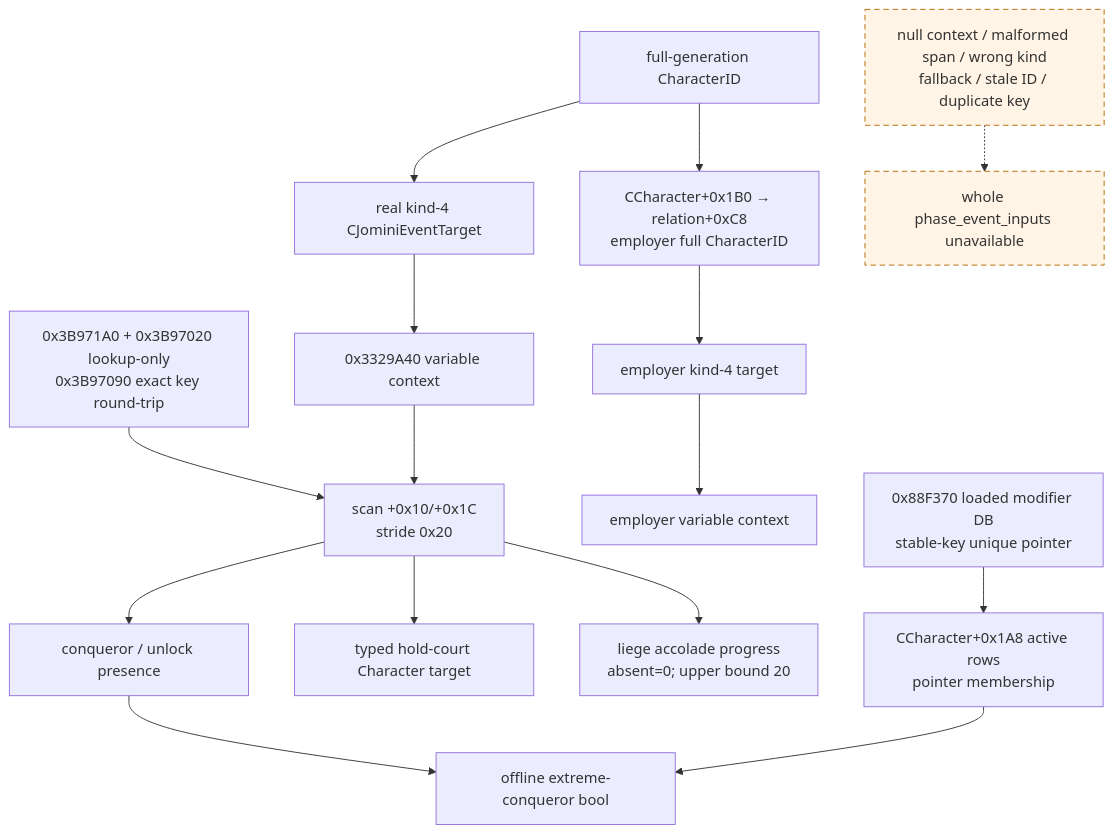
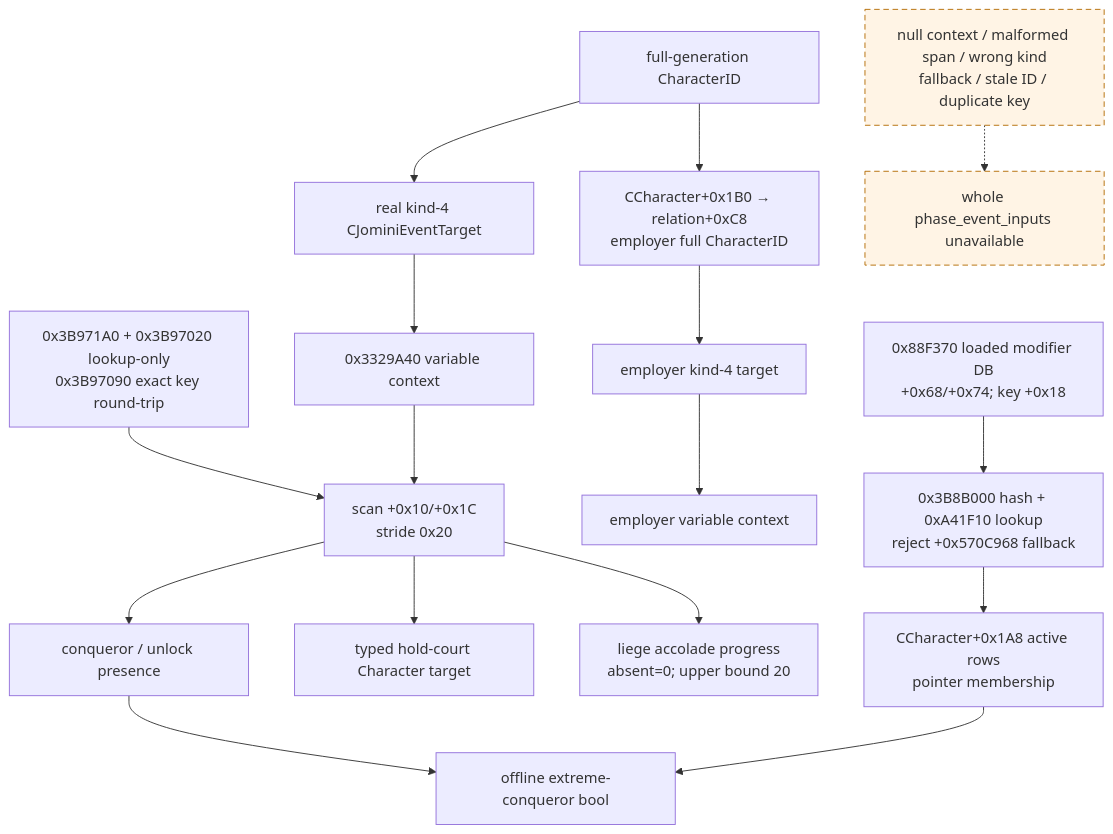
Diagram 18 of 23 in docs/ck3-native-ai/combat-phase-events.md (XenoAmess/ck3_eternal_recurrence), drawn with Mermaid before and after one commit. The commit also changed other lines of this file and 54 other files, not shown here.

````diff
--- a/docs/ck3-native-ai/combat-phase-events.md
+++ b/docs/ck3-native-ai/combat-phase-events.md
@@ -1637,19 +1700,20 @@
 ```mermaid
 flowchart TD
     C["full-generation CharacterID"] --> T["real kind-4 CJominiEventTarget"]
     T --> V["0x3329A40 variable context"]
     K["0x3B971A0 + 0x3B97020 lookup-only<br/>0x3B97090 exact key round-trip"] --> S["scan +0x10/+0x1C<br/>stride 0x20"]
     V --> S
     S --> P["conqueror / unlock presence"]
     S --> H["typed hold-court Character target"]
     S --> AP["liege accolade progress<br/>absent=0; upper bound 20"]
     C --> E["CCharacter+0x1B0 → relation+0xC8<br/>employer full CharacterID"]
     E --> T2["employer kind-4 target"]
     T2 --> V2["employer variable context"]
-    DB["0x88F370 loaded modifier DB<br/>stable-key unique pointer"] --> M["CCharacter+0x1A8 active rows<br/>pointer membership"]
+    DB["0x88F370 loaded modifier DB<br/>+0x68/+0x74; key +0x18"] --> L["0x3B8B000 hash + 0xA41F10 lookup<br/>reject +0x570C968 fallback"]
+    L --> M["CCharacter+0x1A8 active rows<br/>pointer membership"]
     P --> X["offline extreme-conqueror bool"]
     M --> X
     U["null context / malformed span / wrong kind<br/>fallback / stale ID / duplicate key"] -.-> F["whole phase_event_inputs unavailable"]
     classDef unknown stroke-dasharray: 6 4,fill:#fff4e5,stroke:#b36b00;
     class U,F unknown;
 ```
````
